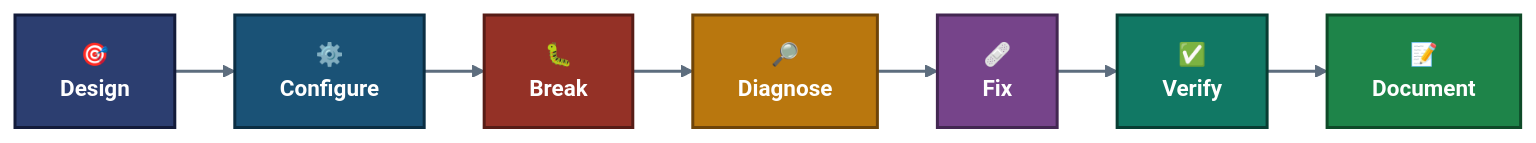
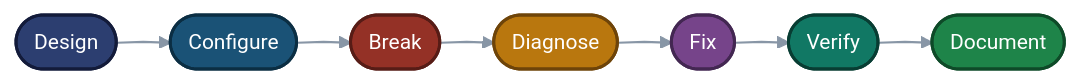
One commit to malaika-azhar/Cisco-Networking-Lab-Portfolio changed the second of 5 diagrams in README.md. Above: the diagram before and after it, drawn with Mermaid. The commit also changed other lines of this file, not shown here.

````diff
--- a/README.md
+++ b/README.md
@@ -114,14 +78,14 @@
 ```mermaid
-%%{init: {'theme': 'base', 'themeVariables': {'fontSize': '15px'}, 'flowchart': {'nodeSpacing': 22, 'rankSpacing': 40, 'curve': 'linear'}}}%%
+%%{init: {'theme': 'base', 'themeVariables': {'fontSize': '14px'}, 'flowchart': {'nodeSpacing': 20, 'rankSpacing': 36, 'curve': 'linear'}}}%%
 flowchart LR
-    A["🎯<br/><b>Design</b>"]:::a --> B["⚙️<br/><b>Configure</b>"]:::b --> C["🐛<br/><b>Break</b>"]:::c --> D["🔎<br/><b>Diagnose</b>"]:::d --> E["🩹<br/><b>Fix</b>"]:::e --> F["✅<br/><b>Verify</b>"]:::f --> G["📝<br/><b>Document</b>"]:::g
+    A(["Design"]):::a --> B(["Configure"]):::b --> C(["Break"]):::c --> D(["Diagnose"]):::d --> E(["Fix"]):::e --> F(["Verify"]):::f --> G(["Document"]):::g
 
     classDef a fill:#2C3E70,stroke:#131B3A,stroke-width:2px,color:#FFFFFF
     classDef b fill:#1A5276,stroke:#0B2E43,stroke-width:2px,color:#FFFFFF
     classDef c fill:#943126,stroke:#571C16,stroke-width:2px,color:#FFFFFF
     classDef d fill:#B9770E,stroke:#6E4409,stroke-width:2px,color:#FFFFFF
     classDef e fill:#76448A,stroke:#432752,stroke-width:2px,color:#FFFFFF
     classDef f fill:#117864,stroke:#083D33,stroke-width:2px,color:#FFFFFF
     classDef g fill:#1E8449,stroke:#0E4A28,stroke-width:2px,color:#FFFFFF
-    linkStyle default stroke:#5D6D7E,stroke-width:2px
+    linkStyle default stroke:#8896A6,stroke-width:1.5px
 ```
````
